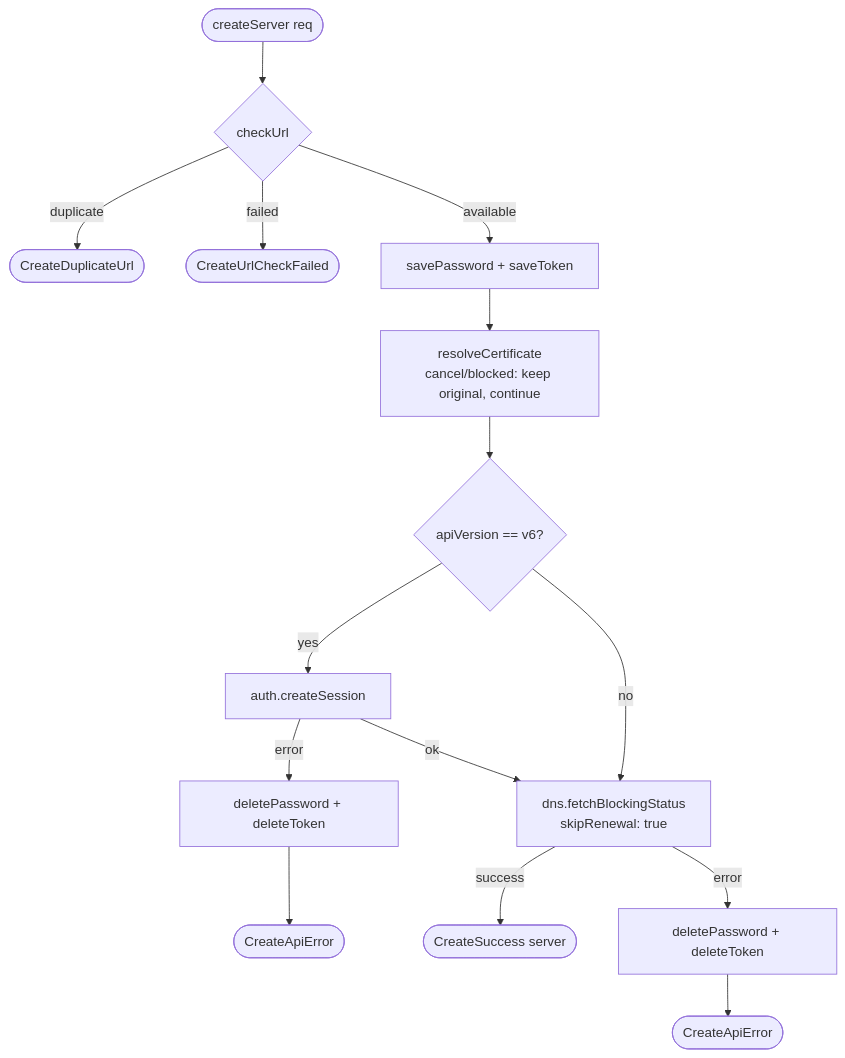
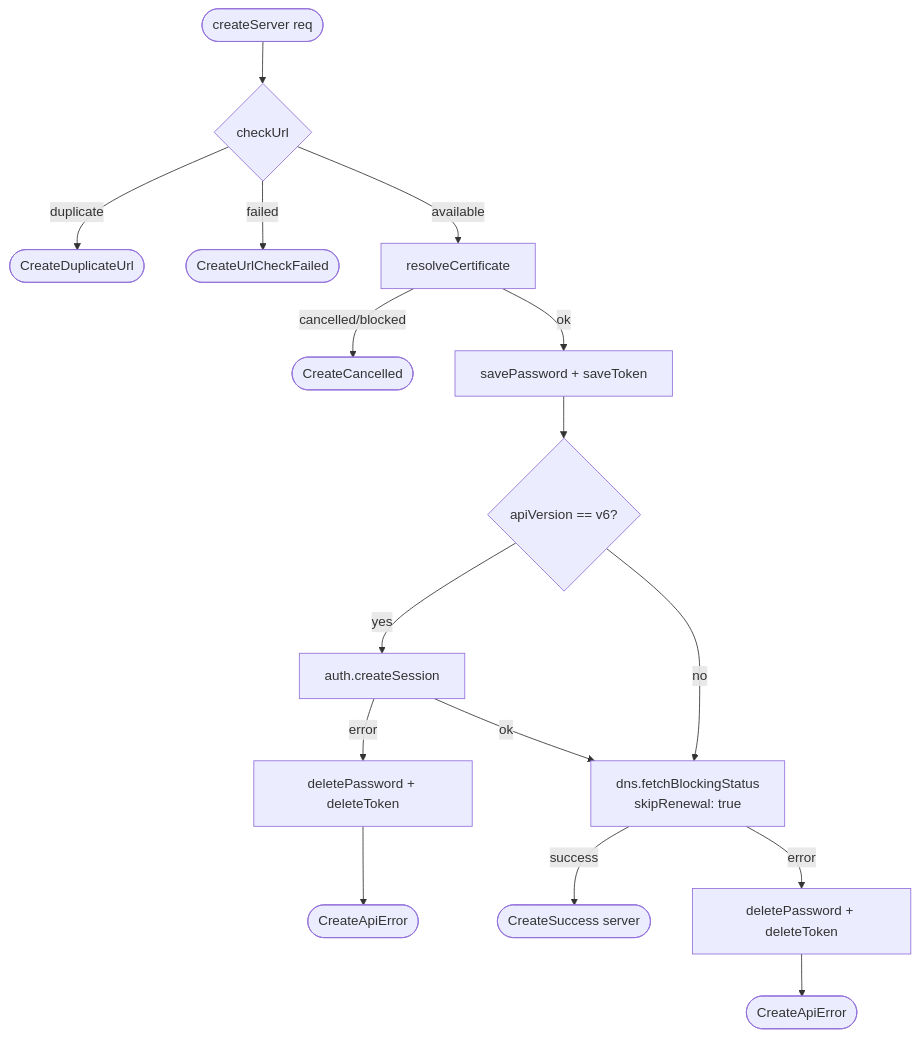
One commit to tsutsu3/pi-hole-client changed the second of 6 diagrams in docs/server-connection-flow.md. Above: the diagram before and after it, drawn with Mermaid. The commit also changed other lines of this file and 3 other files, not shown here.

Commit message:
refactor(servers): unify createServer and updateServer behavior on certificate cancellation

````diff
--- a/docs/server-connection-flow.md
+++ b/docs/server-connection-flow.md
@@ -31,15 +31,16 @@
 ```mermaid
 flowchart TD
   A([createServer req]) --> B{checkUrl}
   B -- duplicate --> BD([CreateDuplicateUrl])
   B -- failed --> BF([CreateUrlCheckFailed])
-  B -- available --> C[savePassword + saveToken]
-  C --> D[resolveCertificate<br/>cancel/blocked: keep original, continue]
-  D --> E{apiVersion == v6?}
+  B -- available --> D[resolveCertificate]
+  D -- cancelled/blocked --> DX([CreateCancelled])
+  D -- ok --> C[savePassword + saveToken]
+  C --> E{apiVersion == v6?}
   E -- yes --> F[auth.createSession]
   F -- error --> G[deletePassword + deleteToken] --> H([CreateApiError])
   F -- ok --> I[dns.fetchBlockingStatus<br/>skipRenewal: true]
   E -- no --> I
   I -- success --> J([CreateSuccess server])
   I -- error --> K[deletePassword + deleteToken] --> L([CreateApiError])
 ```
````
